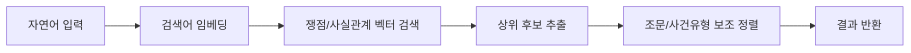
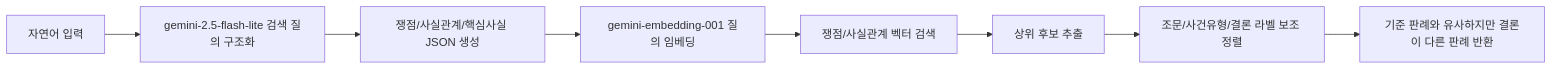
Before and after one commit to kms8994/Legal_comparison_AI: the fourth of 4 diagrams in development_plan.md, drawn with Mermaid. The commit also changed other lines of this file and 32 other files, not shown here.

````diff
--- a/development_plan.md
+++ b/development_plan.md
@@ -285,8 +293,10 @@
 ```mermaid
 flowchart LR
-    A["자연어 입력"] --> B["검색어 임베딩"]
-    B --> C["쟁점/사실관계 벡터 검색"]
-    C --> D["상위 후보 추출"]
-    D --> E["조문/사건유형 보조 정렬"]
-    E --> F["결과 반환"]
+    A["자연어 입력"] --> B["gemini-2.5-flash-lite 검색 질의 구조화"]
+    B --> C["쟁점/사실관계/핵심사실 JSON 생성"]
+    C --> D["gemini-embedding-001 질의 임베딩"]
+    D --> E["쟁점/사실관계 벡터 검색"]
+    E --> F["상위 후보 추출"]
+    F --> G["조문/사건유형/결론 라벨 보조 정렬"]
+    G --> H["기준 판례와 유사하지만 결론이 다른 판례 반환"]
 ```
````
